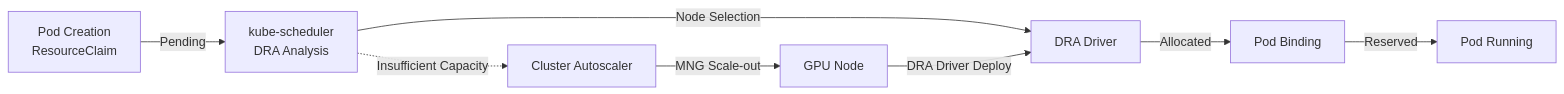
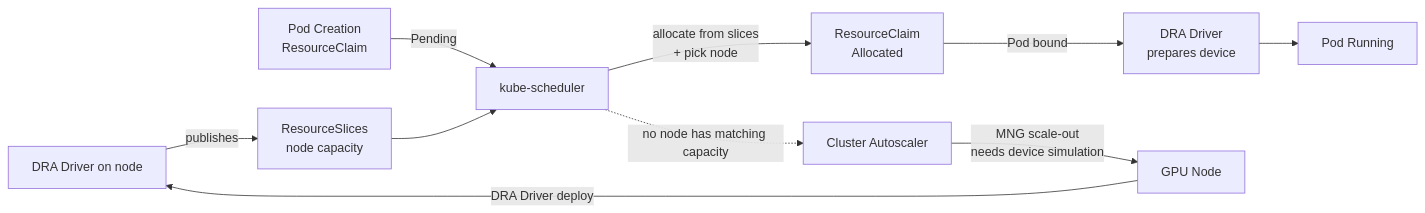
One commit to devfloor9/engineering-playbook changed the first of 3 diagrams in docs/agentic-ai-platform/model-serving/gpu-infrastructure/gpu-resource-management.md. Above: the diagram before and after it, drawn with Mermaid. The commit also changed other lines of this file and 20 other files, not shown here.

````diff
--- a/docs/agentic-ai-platform/model-serving/gpu-infrastructure/gpu-resource-management.md
+++ b/docs/agentic-ai-platform/model-serving/gpu-infrastructure/gpu-resource-management.md
@@ -245,11 +245,13 @@
 ```mermaid
 flowchart LR
-    A[Pod Creation<br/>ResourceClaim] -->|Pending| B[kube-scheduler<br/>DRA Analysis]
-    B -->|Node Selection| D[DRA Driver]
-    D -->|Allocated| E[Pod Binding]
-    E -->|Reserved| F[Pod Running]
+    DRV[DRA Driver on node] -->|publishes| RS[ResourceSlices<br/>node capacity]
+    A[Pod Creation<br/>ResourceClaim] -->|Pending| B[kube-scheduler]
+    RS --> B
+    B -->|allocate from slices<br/>+ pick node| ALLOC[ResourceClaim<br/>Allocated]
+    ALLOC -->|Pod bound| PREP[DRA Driver<br/>prepares device]
+    PREP --> F[Pod Running]
 
-    B -.->|Insufficient Capacity| CA[Cluster Autoscaler]
-    CA -->|MNG Scale-out| N[GPU Node]
-    N -->|DRA Driver Deploy| D
+    B -.->|no node has matching capacity| CA[Cluster Autoscaler]
+    CA -->|MNG scale-out<br/>needs device simulation| N[GPU Node]
+    N -->|DRA Driver deploy| DRV
 ```
````
